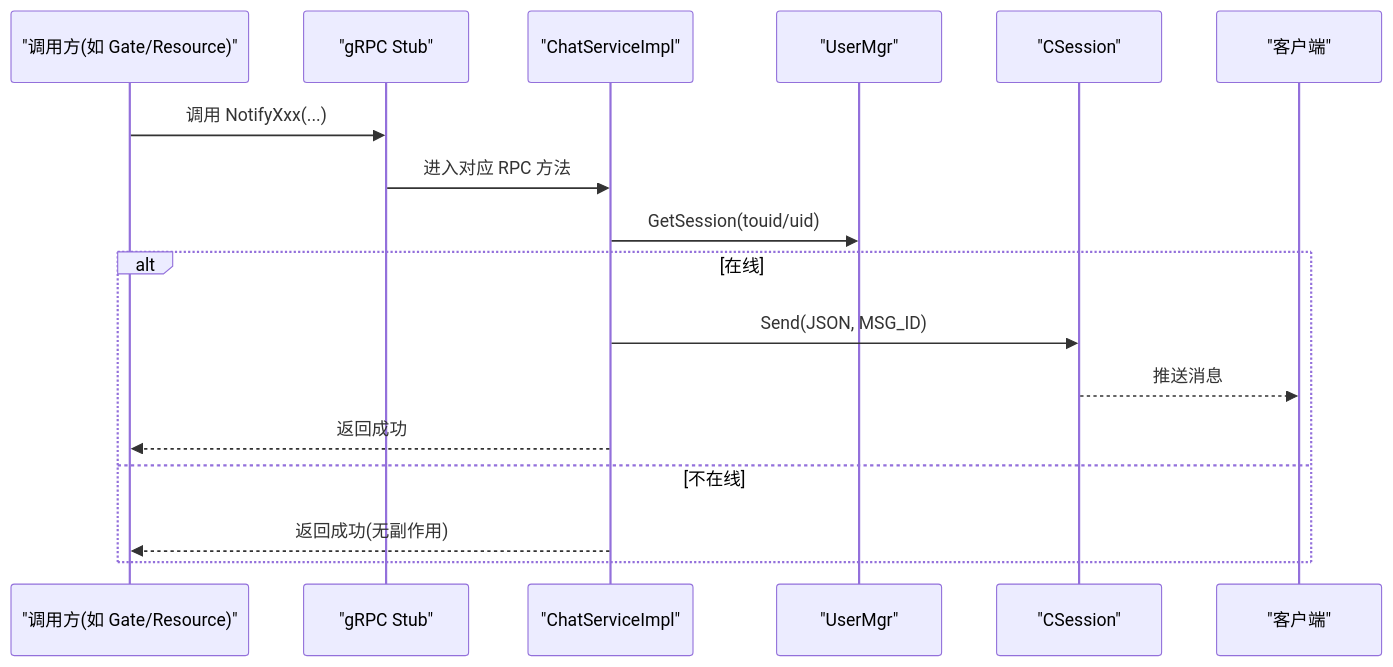
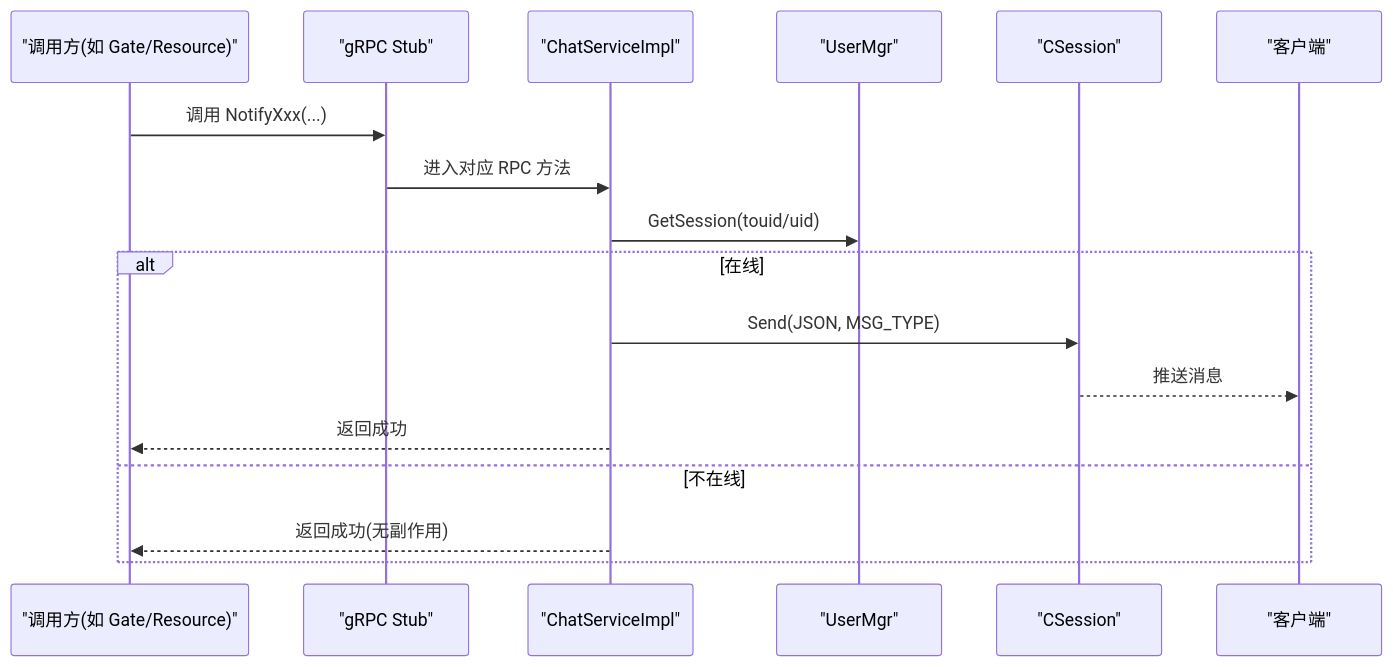
One commit to echo9923/mychatter changed the second of 4 diagrams in .qoder/repowiki/zh/content/API参考/gRPC接口定义/聊天服务接口.md. Above: the diagram before and after it, drawn with Mermaid. The commit also changed other lines of this file and 128 other files, not shown here.

First line of the commit message:
refactor(protocol): TCP 帧头消息类型 msg_id 全局改名为 msg_type

````diff
--- a/.qoder/repowiki/zh/content/API参考/gRPC接口定义/聊天服务接口.md
+++ b/.qoder/repowiki/zh/content/API参考/gRPC接口定义/聊天服务接口.md
@@ -99,19 +99,19 @@
 ```mermaid
 sequenceDiagram
 participant Caller as "调用方(如 Gate/Resource)"
 participant Stub as "gRPC Stub"
 participant Impl as "ChatServiceImpl"
 participant UM as "UserMgr"
 participant Sess as "CSession"
 participant Client as "客户端"
 Caller->>Stub : 调用 NotifyXxx(...)
 Stub->>Impl : 进入对应 RPC 方法
 Impl->>UM : GetSession(touid/uid)
 alt 在线
-Impl->>Sess : Send(JSON, MSG_ID)
+Impl->>Sess : Send(JSON, MSG_TYPE)
 Sess-->>Client : 推送消息
 Impl-->>Caller : 返回成功
 else 不在线
 Impl-->>Caller : 返回成功(无副作用)
 end
 ```
````
